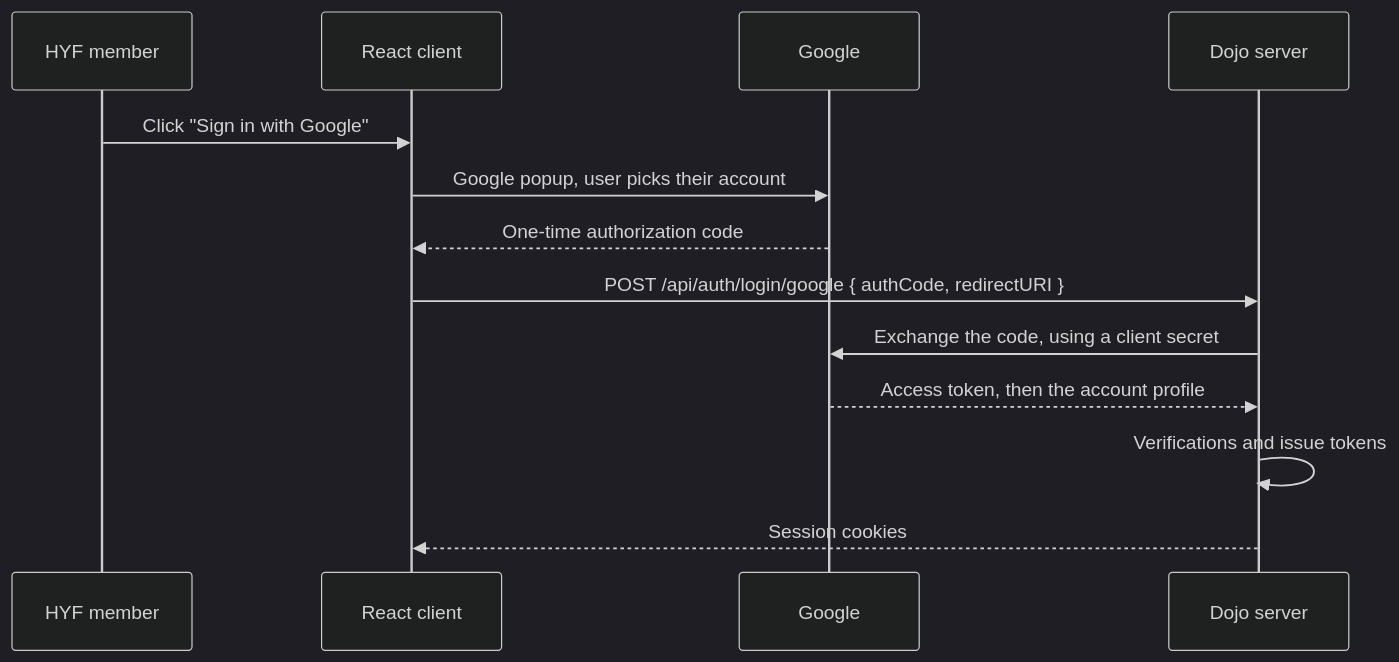
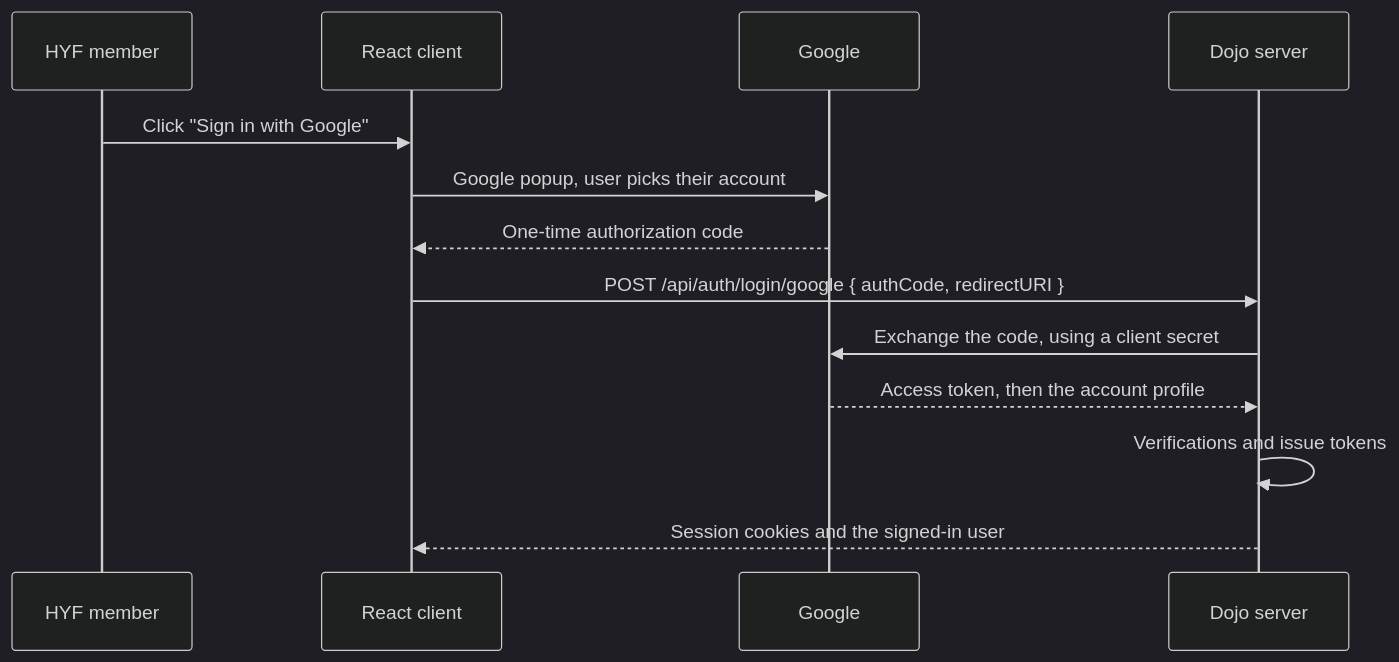
Before and after one commit to HackYourFuture/dojo: the diagram in server-spring/auth.md, drawn with Mermaid (dark theme). The commit also changed other lines of this file and 11 other files, not shown here.

````diff
--- a/server-spring/auth.md
+++ b/server-spring/auth.md
@@ -11,16 +11,16 @@
 ```mermaid
 sequenceDiagram
     participant U as HYF member
     participant C as React client
     participant G as Google
     participant S as Dojo server
 
     U->>C: Click "Sign in with Google"
     C->>G: Google popup, user picks their account
     G-->>C: One-time authorization code
     C->>S: POST /api/auth/login/google { authCode, redirectURI }
     S->>G: Exchange the code, using a client secret
     G-->>S: Access token, then the account profile
     S->>S: Verifications and issue tokens
-    S-->>C: Session cookies
+    S-->>C: Session cookies and the signed-in user
 ```
````
